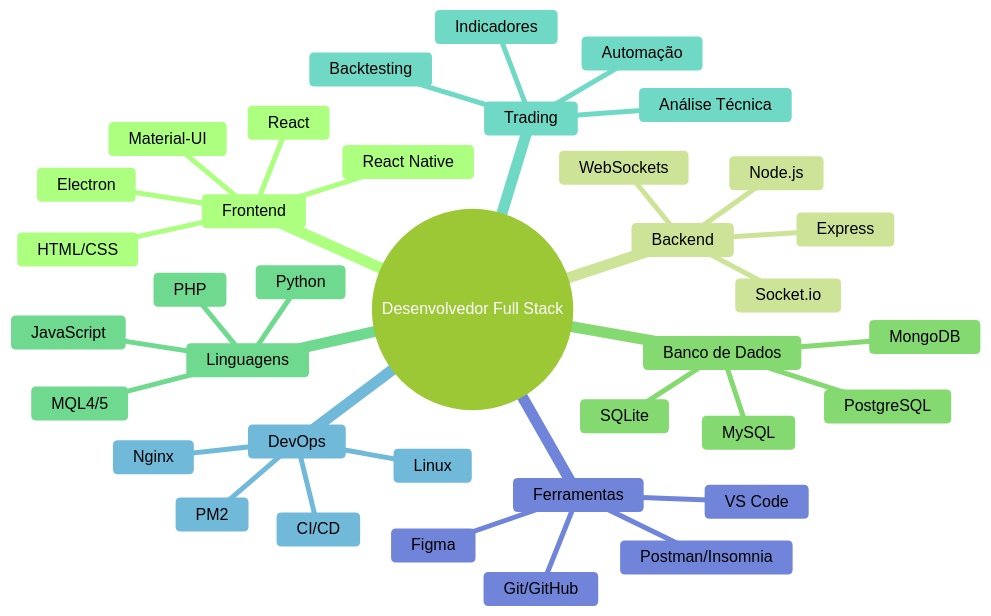
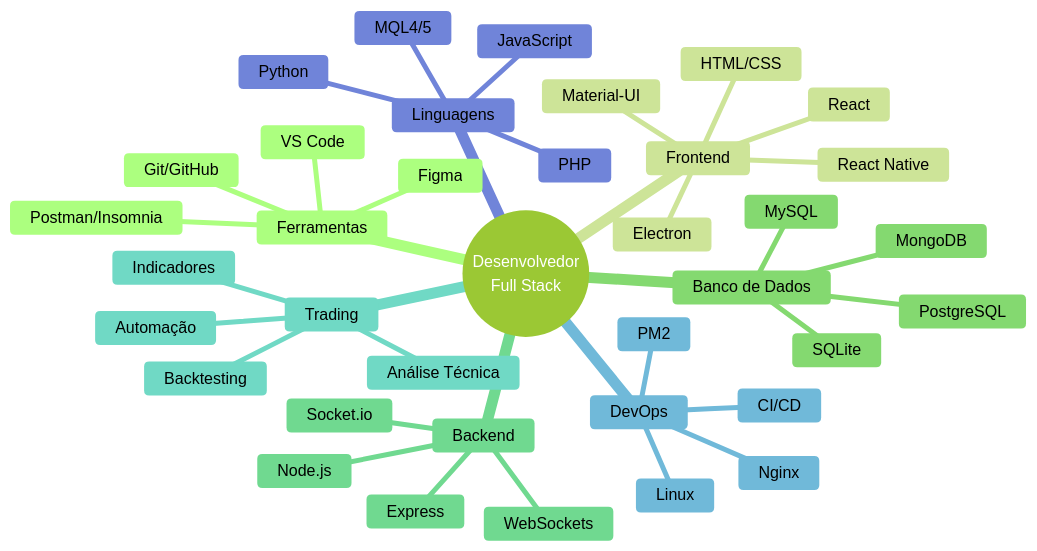
The first of 4 diagrams in README.md (AlesonPungirum/AlesonPungirum), drawn with Mermaid (forest theme) before and after one commit.

````diff
--- a/README.md
+++ b/README.md
@@ -38,40 +38,40 @@
 ```mermaid
 mindmap
-  root((Desenvolvedor Full Stack))
+  root((Desenvolvedor<br/>Full Stack))
+    Ferramentas
+      Git/GitHub
+      VS Code
+      Postman/Insomnia
+      Figma
     Frontend
       React
-      React Native
       HTML/CSS
       Material-UI
+      React Native
       Electron
+    Banco de Dados
+      MongoDB
+      MySQL
+      PostgreSQL
+      SQLite
     Backend
       Node.js
       Socket.io
       Express
       WebSockets
-    Banco de Dados
-      MySQL
-      MongoDB
-      PostgreSQL
-      SQLite
+    Trading
+      Automação
+      Análise Técnica
+      Indicadores
+      Backtesting
+    DevOps
+      PM2
+      Linux
+      Nginx
+      CI/CD
     Linguagens
+      MQL4/5
       JavaScript
       Python
       PHP
-      MQL4/5
-    Trading
-      Análise Técnica
-      Indicadores
-      Backtesting
-      Automação
-    DevOps
-      Linux
-      Nginx
-      PM2
-      CI/CD
-    Ferramentas
-      VS Code
-      Git/GitHub
-      Postman/Insomnia
-      Figma
 ```
````
